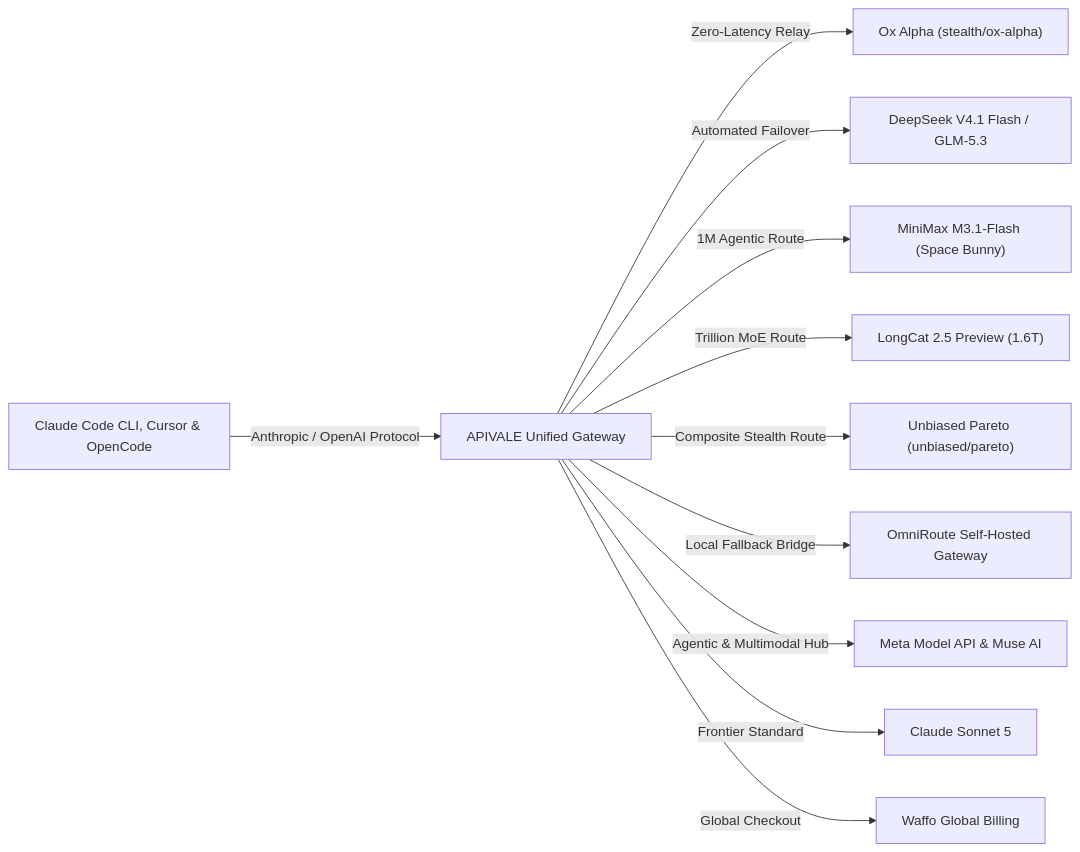
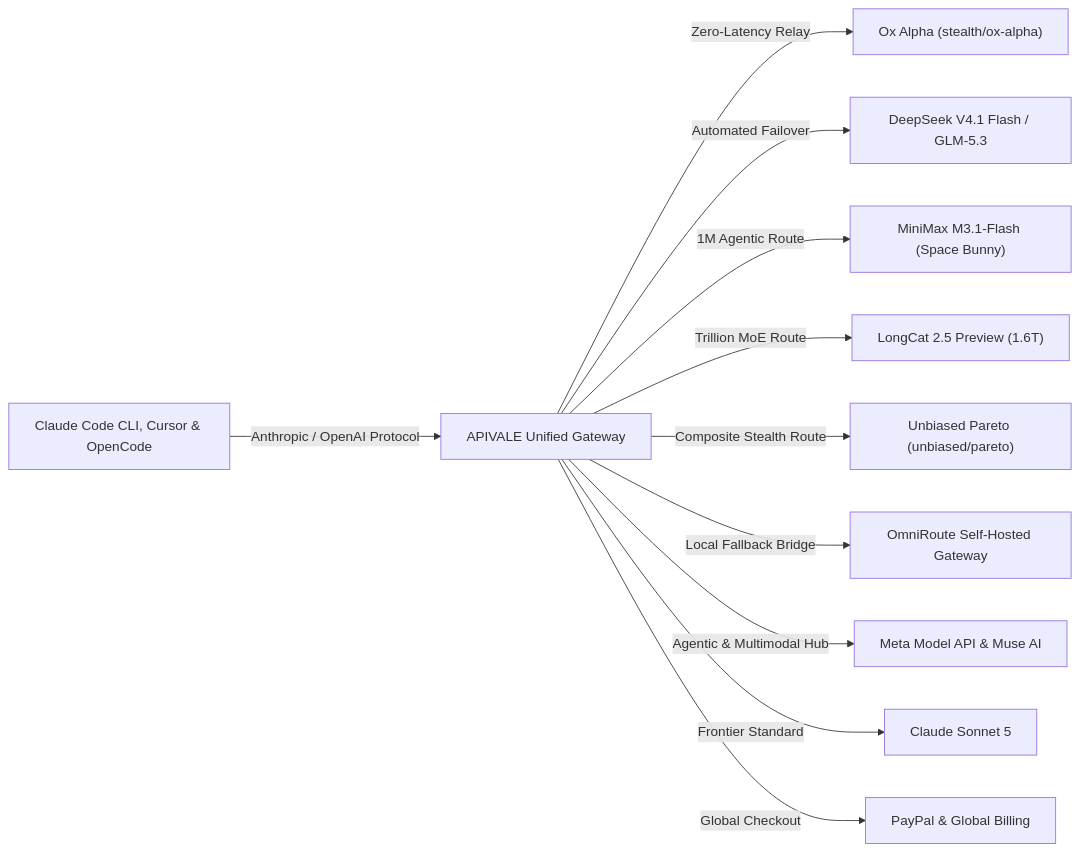
One commit to bshx2024/apivel_blog changed the diagram in src/content/blog/ox-alpha-claude-code-cursor-setup.md. Above: the diagram before and after it, drawn with Mermaid. The commit also changed other lines of this file and 8 other files, not shown here.

````diff
--- a/src/content/blog/ox-alpha-claude-code-cursor-setup.md
+++ b/src/content/blog/ox-alpha-claude-code-cursor-setup.md
@@ -29,13 +42,13 @@
 ```mermaid
 graph LR
     A["Claude Code CLI, Cursor & OpenCode"] -->|Anthropic / OpenAI Protocol| B["APIVALE Unified Gateway"]
     B -->|Zero-Latency Relay| C["Ox Alpha (stealth/ox-alpha)"]
     B -->|Automated Failover| D["DeepSeek V4.1 Flash / GLM-5.3"]
     B -->|1M Agentic Route| K["MiniMax M3.1-Flash (Space Bunny)"]
     B -->|Trillion MoE Route| J["LongCat 2.5 Preview (1.6T)"]
     B -->|Composite Stealth Route| G["Unbiased Pareto (unbiased/pareto)"]
     B -->|Local Fallback Bridge| H["OmniRoute Self-Hosted Gateway"]
     B -->|Agentic & Multimodal Hub| I["Meta Model API & Muse AI"]
     B -->|Frontier Standard| E["Claude Sonnet 5"]
-    B -->|Global Checkout| F["Waffo Global Billing"]
+    B -->|Global Checkout| F["PayPal & Global Billing"]
 ```
````
